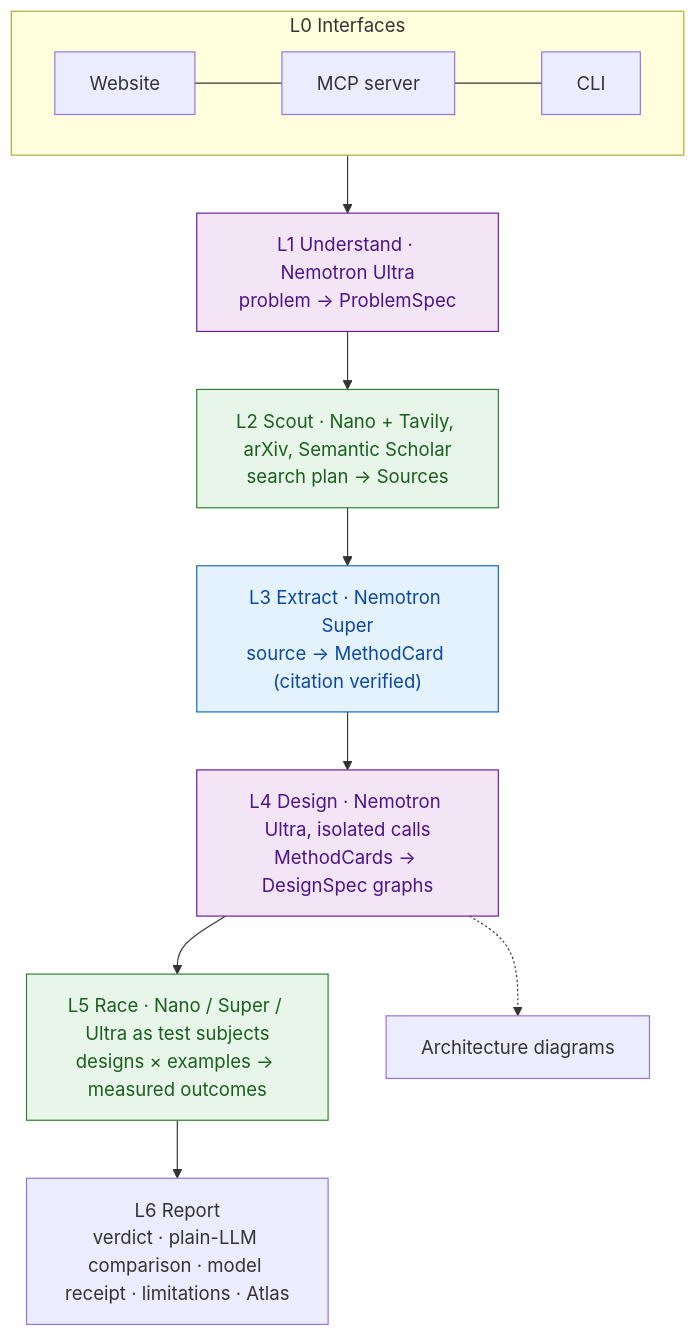
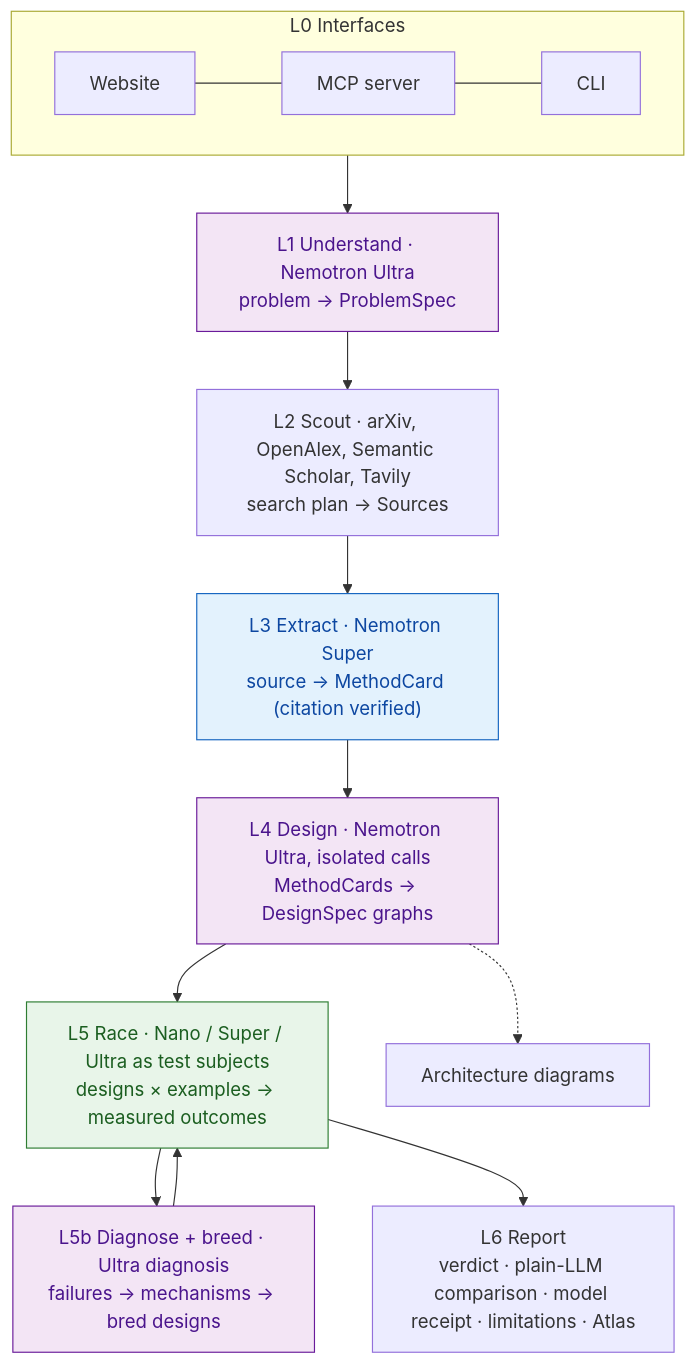
Before and after one commit to ShivaTeja05/windtunnel: the second of 3 diagrams in ARCHITECTURE.md, drawn with Mermaid. The commit also changed other lines of this file and 43 other files, not shown here.

First line of the commit message:
Engine, website, MCP server: generator, cascade, diagnose+breed, stats fixes

````diff
--- a/ARCHITECTURE.md
+++ b/ARCHITECTURE.md
@@ -31,20 +31,22 @@
 ```mermaid
 flowchart TB
   subgraph L0[L0 Interfaces]
     WEB[Website] --- MCP[MCP server] --- CLI[CLI]
   end
   L0 --> L1
   L1["L1 Understand · Nemotron Ultra<br/>problem → ProblemSpec"] --> L2
-  L2["L2 Scout · Nano + Tavily, arXiv, Semantic Scholar<br/>search plan → Sources"] --> L3
+  L2["L2 Scout · arXiv, OpenAlex, Semantic Scholar, Tavily<br/>search plan → Sources"] --> L3
   L3["L3 Extract · Nemotron Super<br/>source → MethodCard (citation verified)"] --> L4
   L4["L4 Design · Nemotron Ultra, isolated calls<br/>MethodCards → DesignSpec graphs"] --> L5
   L4 -.-> DIA[Architecture diagrams]
-  L5["L5 Race · Nano / Super / Ultra as test subjects<br/>designs × examples → measured outcomes"] --> L6
+  L5["L5 Race · Nano / Super / Ultra as test subjects<br/>designs × examples → measured outcomes"] --> L5B
+  L5B["L5b Diagnose + breed · Ultra diagnosis<br/>failures → mechanisms → bred designs"] --> L5
+  L5 --> L6
   L6["L6 Report<br/>verdict · plain-LLM comparison · model receipt · limitations · Atlas"]
   classDef ultra fill:#F3E5F5,stroke:#6A1B9A,color:#4A148C
   classDef super fill:#E3F2FD,stroke:#1565C0,color:#0D47A1
   classDef nano fill:#E8F5E9,stroke:#2E7D32,color:#1B5E20
-  class L1,L4 ultra
+  class L1,L4,L5B ultra
   class L3 super
-  class L2,L5 nano
+  class L5 nano
 ```
````
